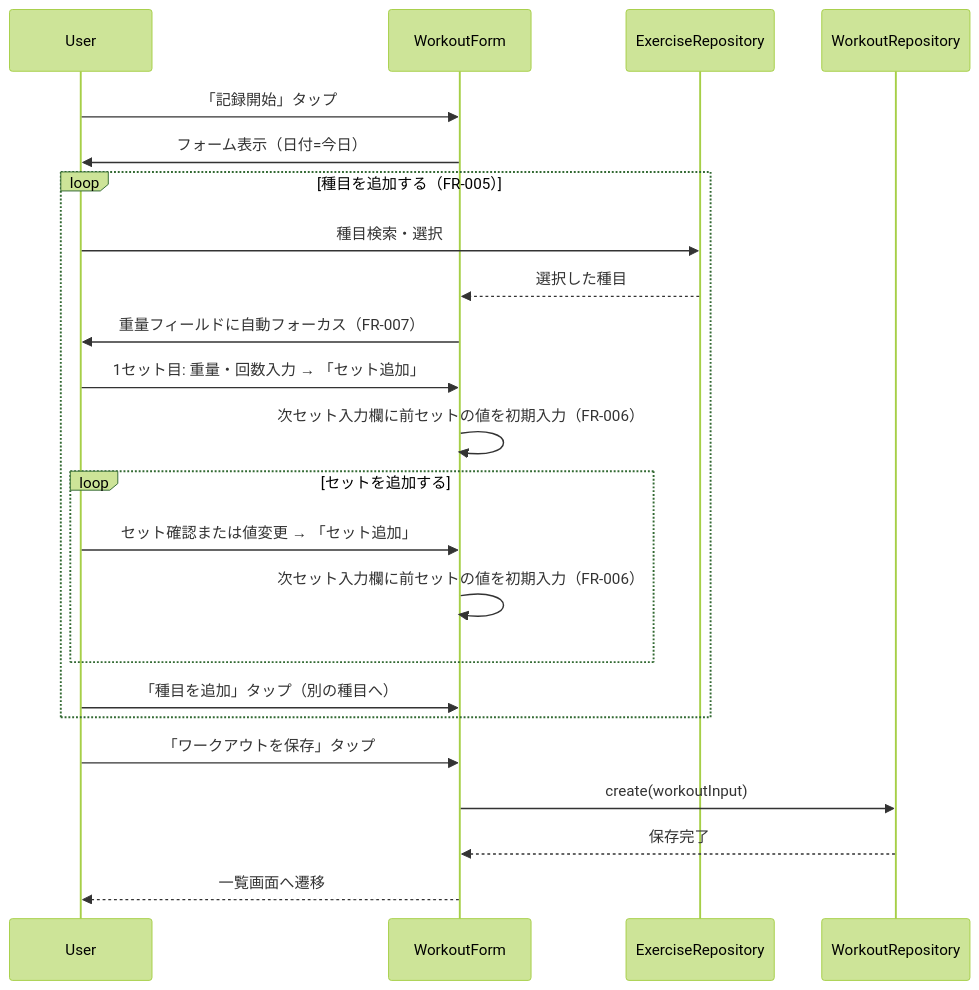
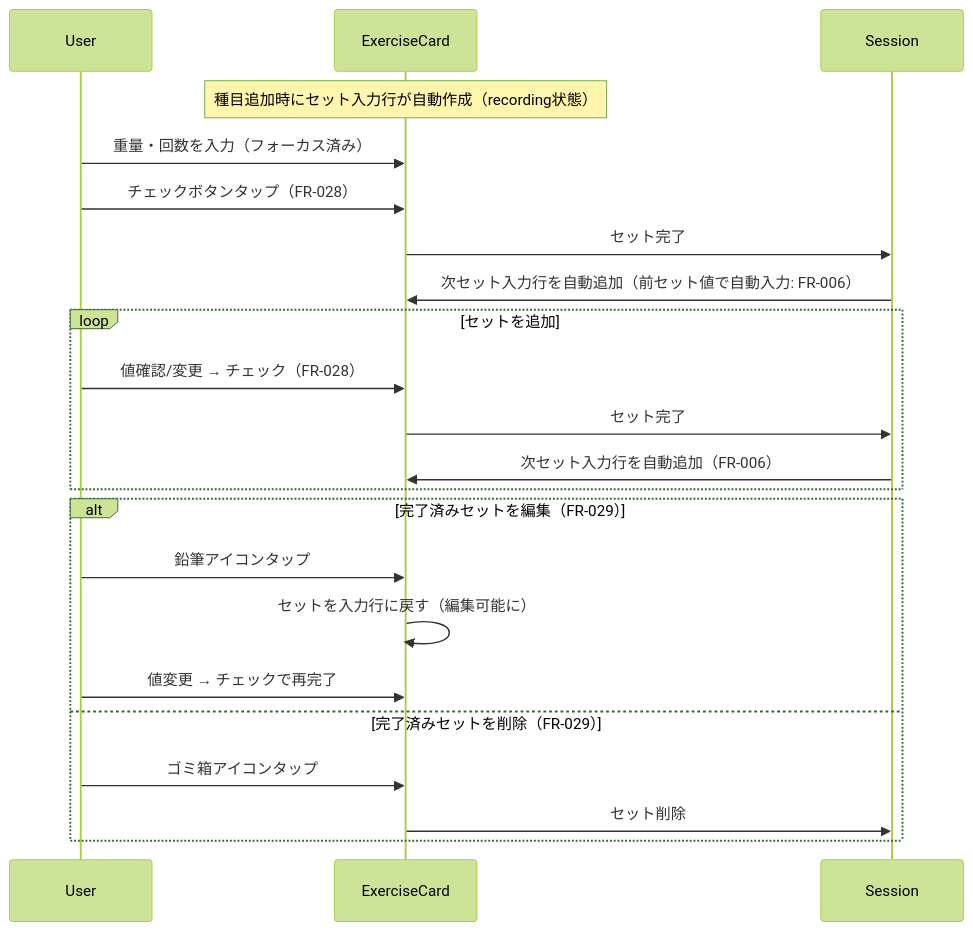
The third of 4 diagrams in .sdd/specification/workout/index_spec.md (SakumaTakuya/gymini), drawn with Mermaid (forest theme) before and after one commit. The commit also changed other lines of this file and 3 other files, not shown here.

````diff
--- a/.sdd/specification/workout/index_spec.md
+++ b/.sdd/specification/workout/index_spec.md
@@ -161,31 +244,28 @@
 ```mermaid
 sequenceDiagram
     participant User
-    participant WorkoutForm
-    participant ExerciseRepository
-    participant WorkoutRepository
+    participant ExerciseCard
+    participant Session
 
-    User->>WorkoutForm: 「記録開始」タップ
-    WorkoutForm->>User: フォーム表示（日付=今日）
+    Note over ExerciseCard: 種目追加時にセット入力行が自動作成（recording状態）
 
-    loop 種目を追加する（FR-005）
-        User->>ExerciseRepository: 種目検索・選択
-        ExerciseRepository-->>WorkoutForm: 選択した種目
-        WorkoutForm->>User: 重量フィールドに自動フォーカス（FR-007）
+    User->>ExerciseCard: 重量・回数を入力（フォーカス済み）
+    User->>ExerciseCard: チェックボタンタップ（FR-028）
+    ExerciseCard->>Session: セット完了
+    Session->>ExerciseCard: 次セット入力行を自動追加（前セット値で自動入力: FR-006）
 
-        User->>WorkoutForm: 1セット目: 重量・回数入力 → 「セット追加」
-        WorkoutForm->>WorkoutForm: 次セット入力欄に前セットの値を初期入力（FR-006）
-
-        loop セットを追加する
-            User->>WorkoutForm: セット確認または値変更 → 「セット追加」
-            WorkoutForm->>WorkoutForm: 次セット入力欄に前セットの値を初期入力（FR-006）
-        end
-
-        User->>WorkoutForm: 「種目を追加」タップ（別の種目へ）
+    loop セットを追加
+        User->>ExerciseCard: 値確認/変更 → チェック（FR-028）
+        ExerciseCard->>Session: セット完了
+        Session->>ExerciseCard: 次セット入力行を自動追加（FR-006）
     end
 
-    User->>WorkoutForm: 「ワークアウトを保存」タップ
-    WorkoutForm->>WorkoutRepository: create(workoutInput)
-    WorkoutRepository-->>WorkoutForm: 保存完了
-    WorkoutForm-->>User: 一覧画面へ遷移
+    alt 完了済みセットを編集（FR-029）
+        User->>ExerciseCard: 鉛筆アイコンタップ
+        ExerciseCard->>ExerciseCard: セットを入力行に戻す（編集可能に）
+        User->>ExerciseCard: 値変更 → チェックで再完了
+    else 完了済みセットを削除（FR-029）
+        User->>ExerciseCard: ゴミ箱アイコンタップ
+        ExerciseCard->>Session: セット削除
+    end
 ```
````
